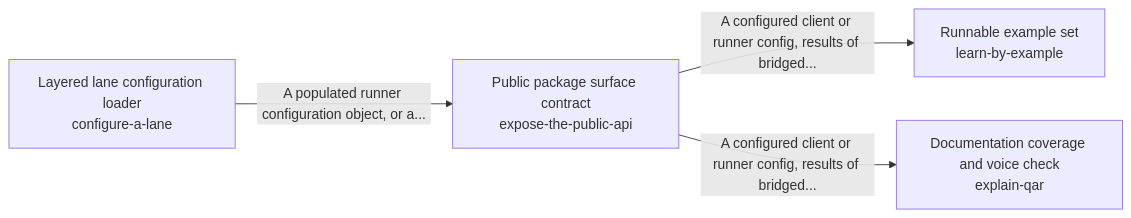
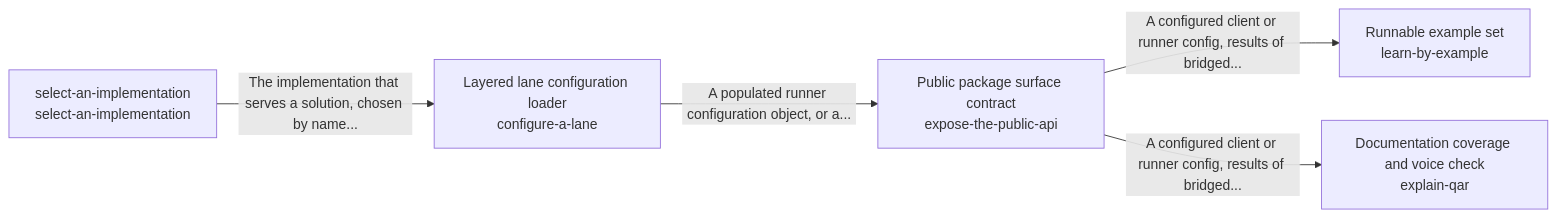
One commit to SpiritualData/quest-ai-runner changed the diagram in quest_ai_runner/take_in_the_world/README.md. Above: the diagram before and after it, drawn with Mermaid. The commit also changed other lines of this file and 15 other files, not shown here.

First line of the commit message:
keep-it-generic and take-in-the-world: move select-an-implementation to where the code uses it

````diff
--- a/quest_ai_runner/take_in_the_world/README.md
+++ b/quest_ai_runner/take_in_the_world/README.md
@@ -17,10 +17,12 @@
 ```mermaid
 flowchart LR
     s0["Public package surface contract<br/>expose-the-public-api"]
     s1["Runnable example set<br/>learn-by-example"]
     s2["Layered lane configuration loader<br/>configure-a-lane"]
     s3["Documentation coverage and voice check<br/>explain-qar"]
+    s4["select-an-implementation<br/>select-an-implementation"]
     s0 -->|"A configured client or runner config, results of bridged..."| s1
     s0 -->|"A configured client or runner config, results of bridged..."| s3
     s2 -->|"A populated runner configuration object, or a..."| s0
+    s4 -->|"The implementation that serves a solution, chosen by name..."| s2
 ```
````
